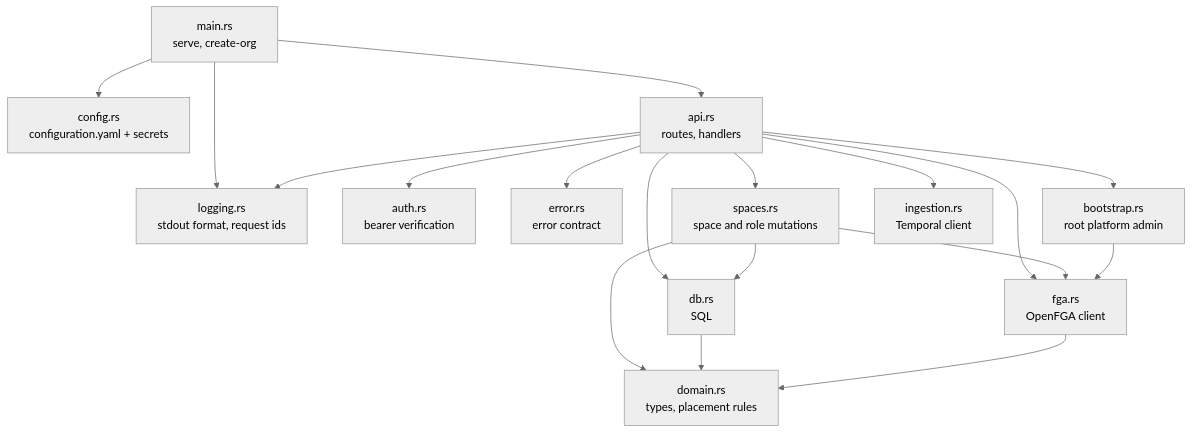
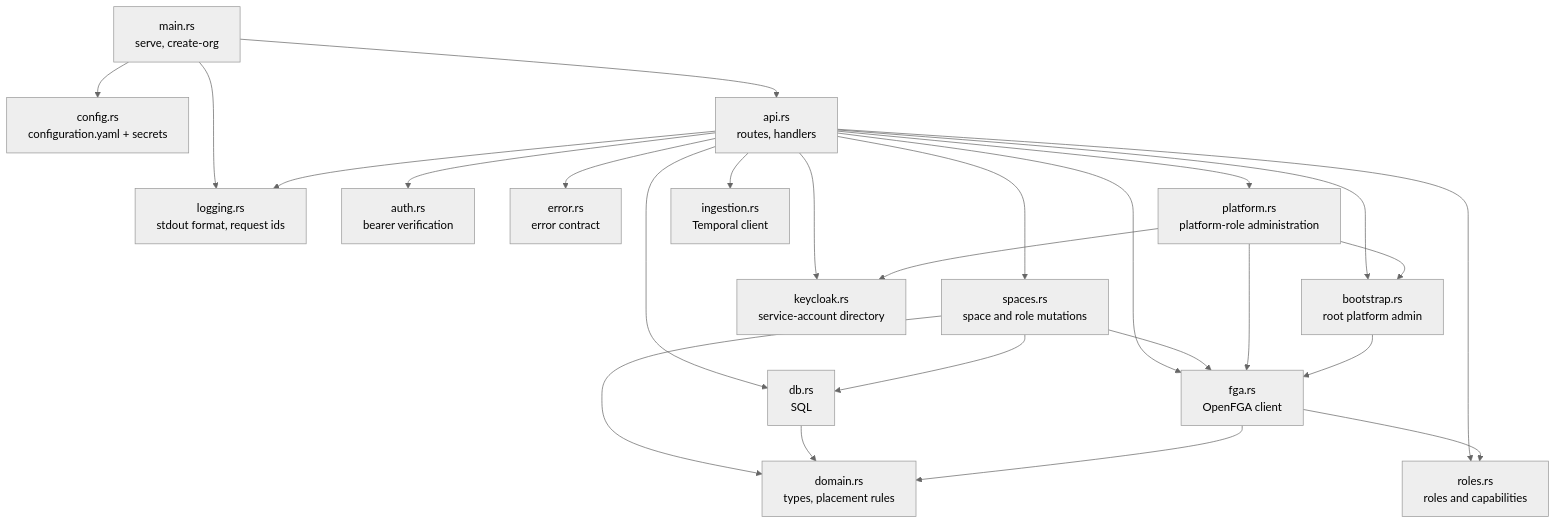
The diagram in docs/architecture/03-building-blocks.md (ThalesGroup/fred), drawn with Mermaid (neutral theme) before and after one commit. The commit also changed other lines of this file and 37 other files, not shown here.

````diff
--- a/docs/architecture/03-building-blocks.md
+++ b/docs/architecture/03-building-blocks.md
@@ -8,22 +8,28 @@
 ```mermaid
 flowchart TB
     main["main.rs<br/>serve, create-org"]
     config["config.rs<br/>configuration.yaml + secrets"]
     logging["logging.rs<br/>stdout format, request ids"]
     api["api.rs<br/>routes, handlers"]
     auth["auth.rs<br/>bearer verification"]
     error["error.rs<br/>error contract"]
     spaces["spaces.rs<br/>space and role mutations"]
+    platform["platform.rs<br/>platform-role administration"]
+    roles["roles.rs<br/>roles and capabilities"]
+    directory["keycloak.rs<br/>service-account directory"]
     bootstrap["bootstrap.rs<br/>root platform admin"]
     domain["domain.rs<br/>types, placement rules"]
     db["db.rs<br/>SQL"]
     fga["fga.rs<br/>OpenFGA client"]
     ingestion["ingestion.rs<br/>Temporal client"]
 
     main --> config & logging & api
     api --> auth & error & spaces & bootstrap & db & fga & ingestion & logging
     spaces --> domain & db & fga
+    api --> platform & roles & directory
+    platform --> bootstrap & directory & fga
+    fga --> roles
     bootstrap --> fga
     db --> domain
     fga --> domain
 ```
````
